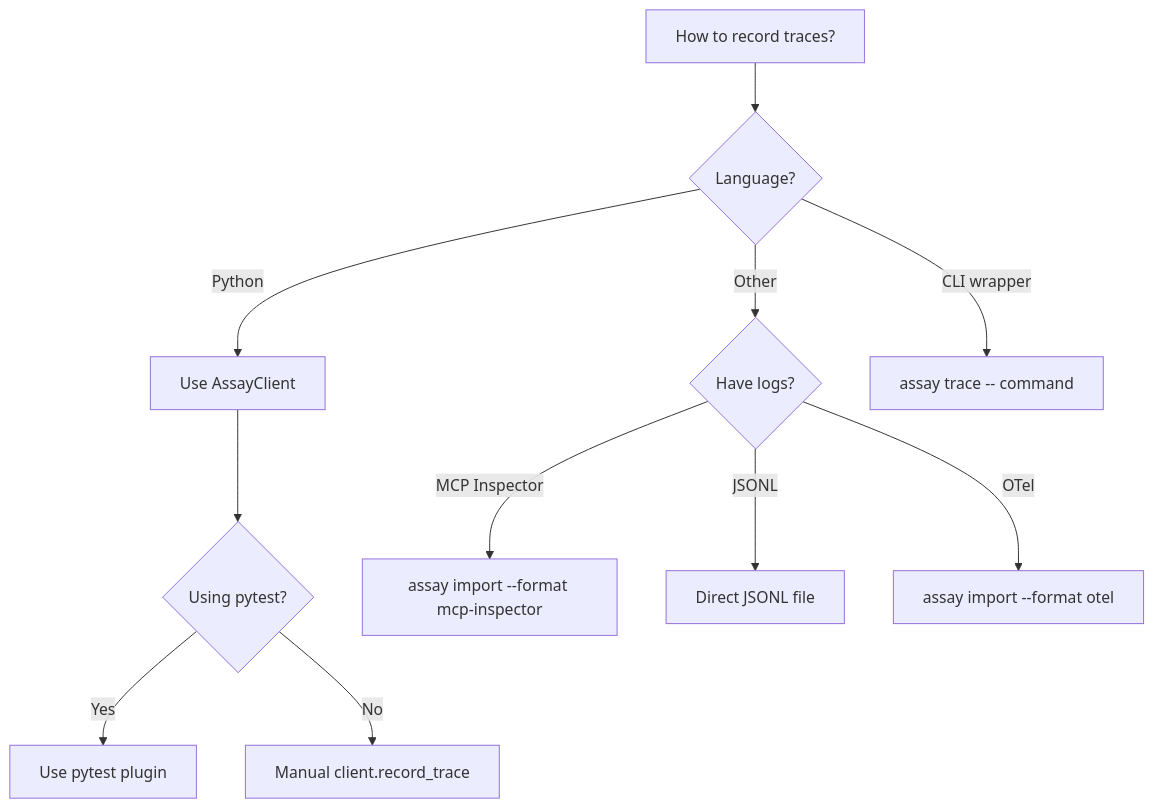
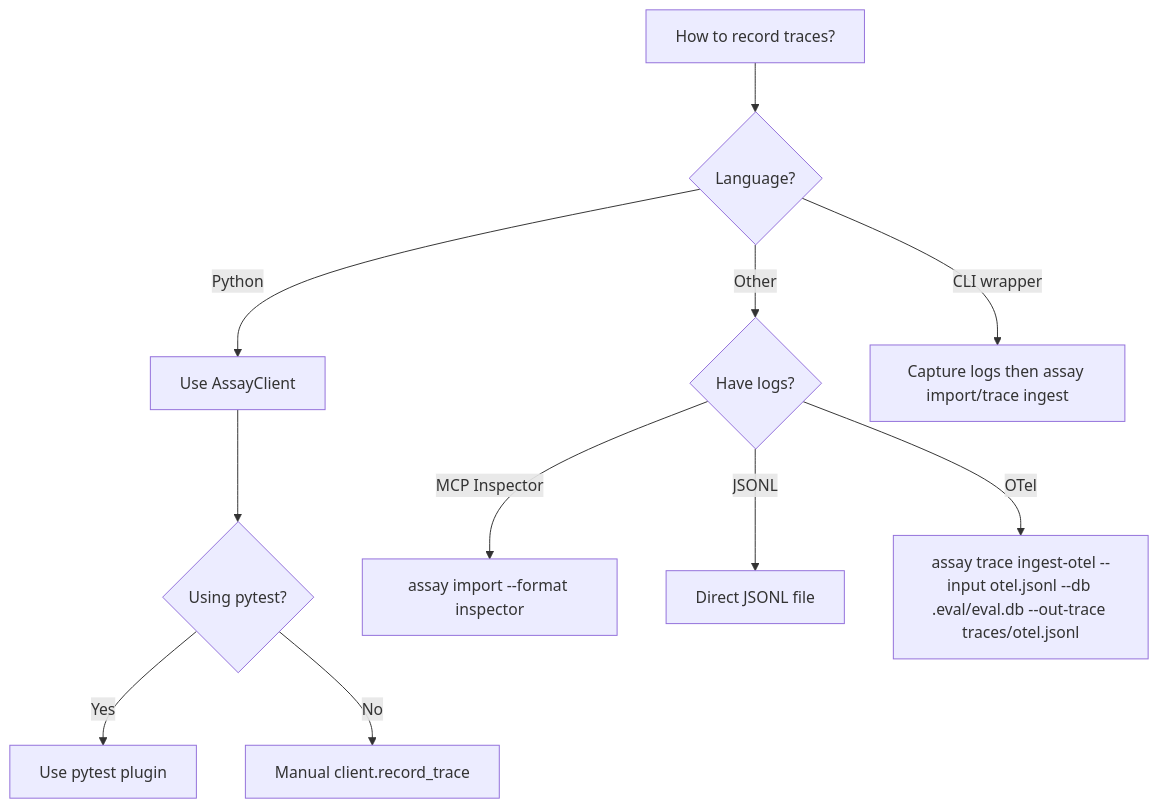
Before and after one commit to Rul1an/assay: the third of 7 diagrams in docs/AIcontext/decision-trees.md, drawn with Mermaid. The commit also changed other lines of this file and 49 other files, not shown here.

````diff
--- a/docs/AIcontext/decision-trees.md
+++ b/docs/AIcontext/decision-trees.md
@@ -68,16 +68,16 @@
 ```mermaid
 flowchart TD
     START[How to record traces?] --> LANG{Language?}
 
     LANG -->|Python| PY_SDK[Use AssayClient]
     PY_SDK --> PYTEST{Using pytest?}
     PYTEST -->|Yes| PLUGIN[Use pytest plugin]
     PYTEST -->|No| MANUAL[Manual client.record_trace]
 
     LANG -->|Other| IMPORT_METHOD{Have logs?}
-    IMPORT_METHOD -->|MCP Inspector| MCP_IMPORT[assay import --format mcp-inspector]
+    IMPORT_METHOD -->|MCP Inspector| MCP_IMPORT[assay import --format inspector]
     IMPORT_METHOD -->|JSONL| DIRECT[Direct JSONL file]
-    IMPORT_METHOD -->|OTel| OTEL_IMPORT[assay import --format otel]
+    IMPORT_METHOD -->|OTel| OTEL_IMPORT[assay trace ingest-otel --input otel.jsonl --db .eval/eval.db --out-trace traces/otel.jsonl]
 
-    LANG -->|CLI wrapper| CLI_TRACE[assay trace -- command]
+    LANG -->|CLI wrapper| CLI_TRACE[Capture logs then assay import/trace ingest]
 ```
````
